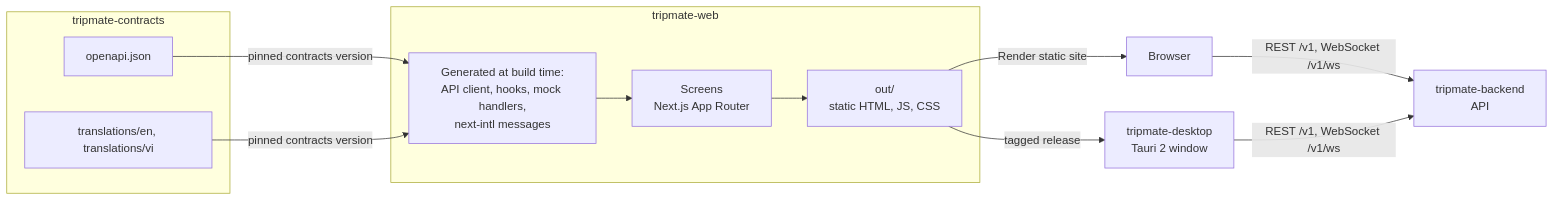
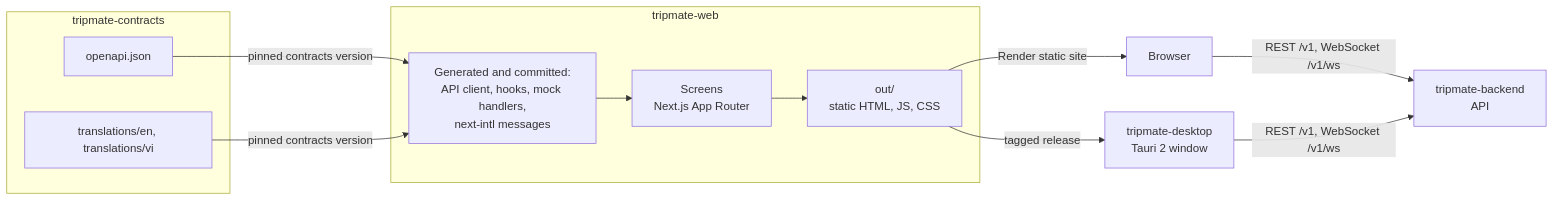
The first of 3 diagrams in README.md (huynguyennang-agilityio/tripmate-web), drawn with Mermaid before and after one commit. The commit also changed other lines of this file and 1 other file, not shown here.

Commit message:
WF2 Describe the client, mock mode, CI jobs and flow checks in CLAUDE.md and README

````diff
--- a/README.md
+++ b/README.md
@@ -34,17 +34,17 @@
 ```mermaid
 flowchart LR
     subgraph Contracts["tripmate-contracts"]
         OA["openapi.json"]
         TR["translations/en, translations/vi"]
     end
     subgraph Web["tripmate-web"]
-        GEN["Generated at build time:<br/>API client, hooks, mock handlers,<br/>next-intl messages"]
+        GEN["Generated and committed:<br/>API client, hooks, mock handlers,<br/>next-intl messages"]
         APP["Screens<br/>Next.js App Router"]
         OUT["out/<br/>static HTML, JS, CSS"]
         GEN --> APP --> OUT
     end
     OA & TR -->|"pinned contracts version"| GEN
     OUT -->|"Render static site"| BR["Browser"]
     OUT -->|"tagged release"| DT["tripmate-desktop<br/>Tauri 2 window"]
     BR & DT -->|"REST /v1, WebSocket /v1/ws"| API["tripmate-backend<br/>API"]
 ```
````
